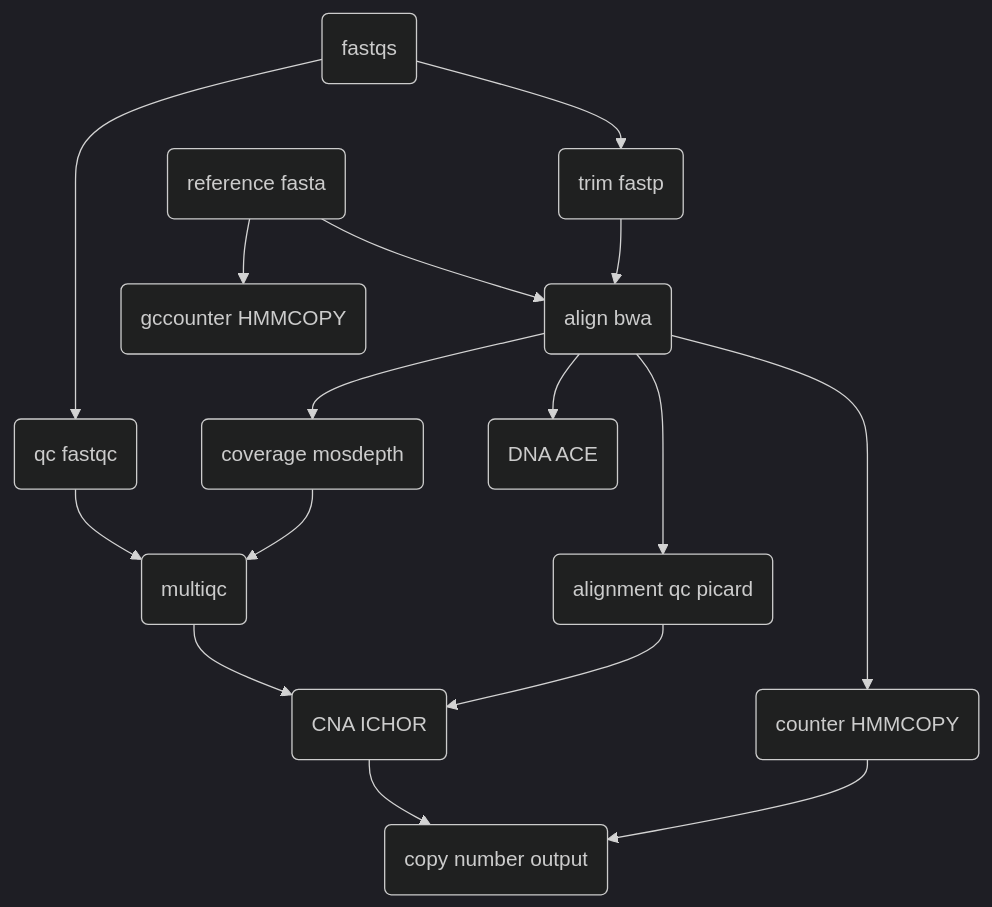
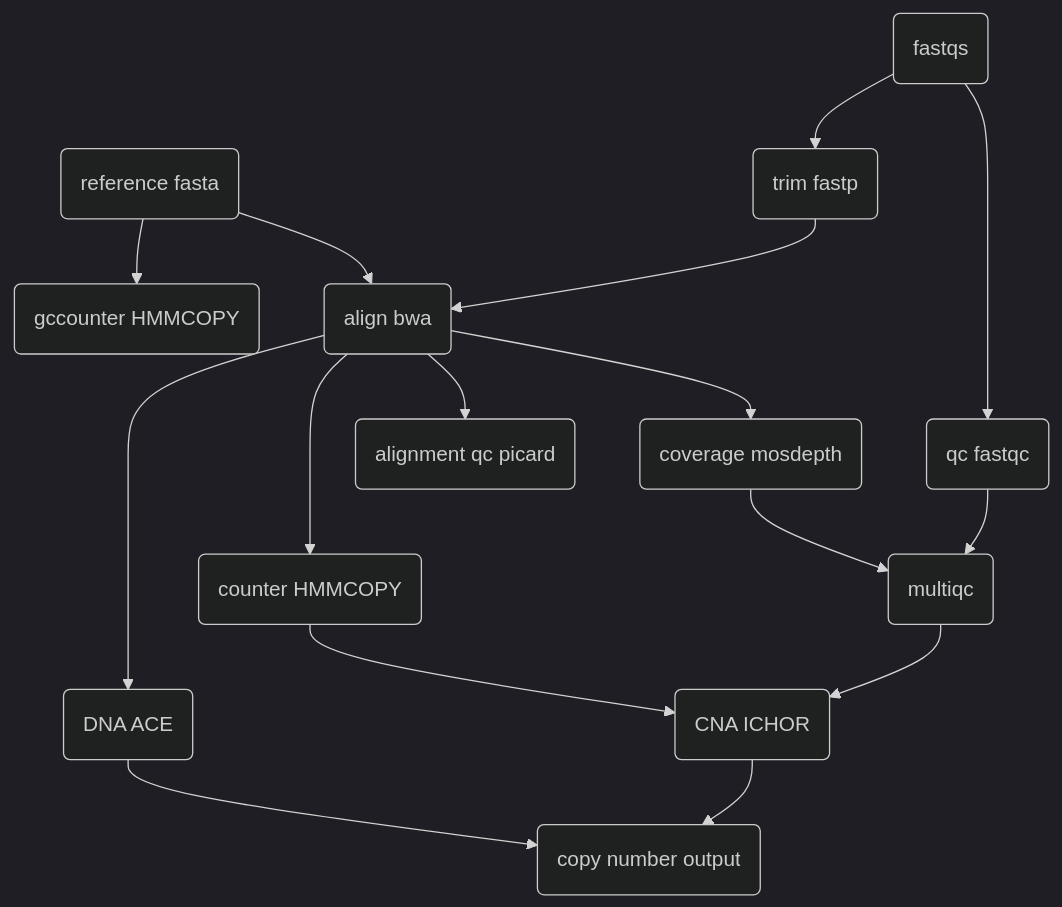
One commit to chelauk/lp-wgs changed the diagram in README.md. Above: the diagram before and after it, drawn with Mermaid (dark theme).

````diff
--- a/README.md
+++ b/README.md
@@ -33,20 +33,20 @@
 ```mermaid
 flowchart TD
 step1(reference fasta)
 step2(fastqs)
 step2-->step3(qc fastqc)
 step2-->step4(trim fastp)
 step1-->step5(align bwa)
 step4-->step5(align bwa)
 step5-->step6(coverage mosdepth)
 step5-->step7(alignment qc picard)
 step1-->step13(gccounter HMMCOPY)
 step5-->step8(counter HMMCOPY)
 step12-->step9(CNA ICHOR)
-step7-->step9(CNA ICHOR)
+step8-->step9(CNA ICHOR)
 step5-->step10(DNA ACE)
+step10-->step11(copy number output)
 step9-->step11(copy number output)
-step8-->step11(copy number output)
 step3-->step12(multiqc)
 step6-->step12(multiqc)
 ```
````
